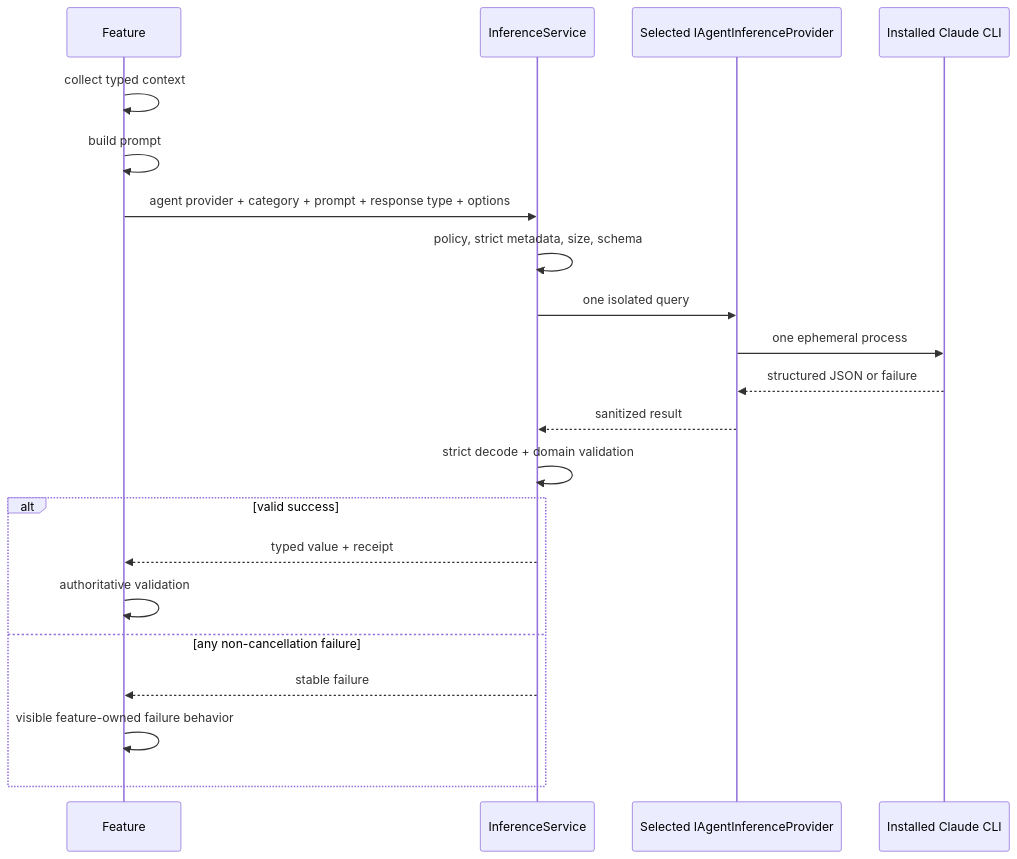
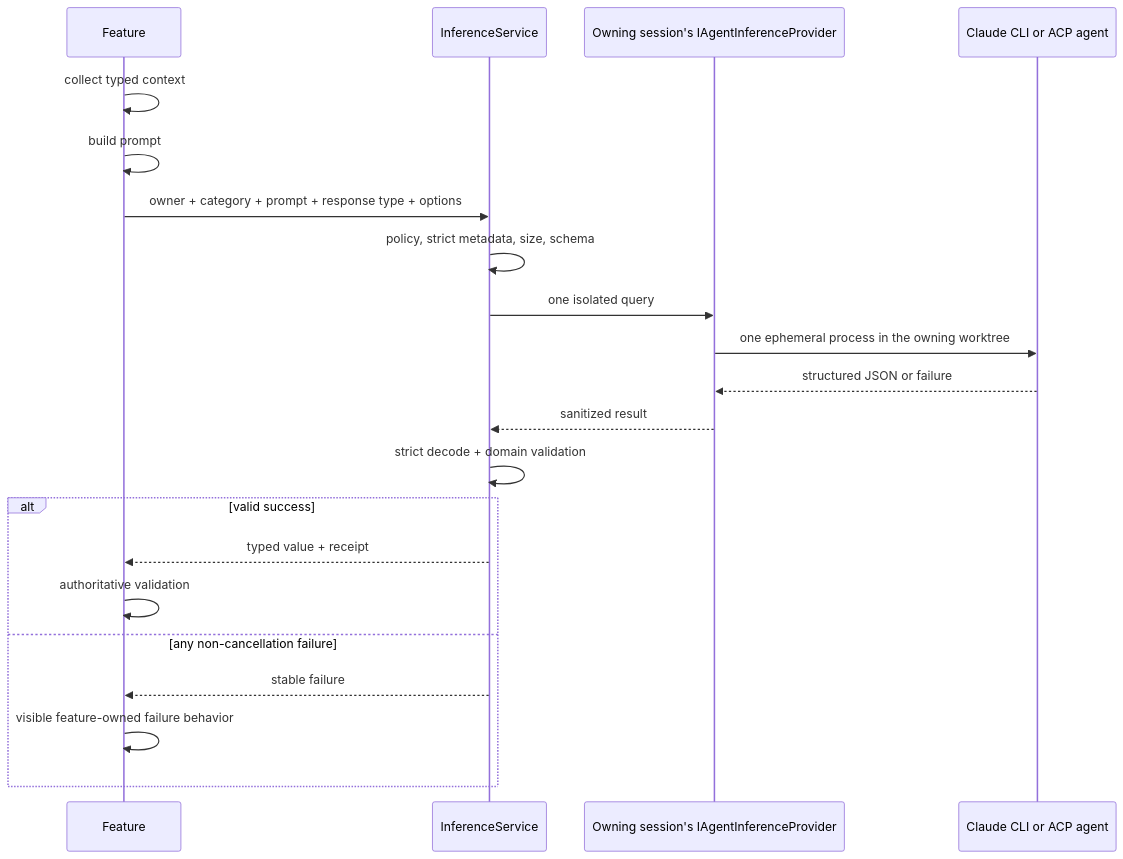
The diagram in docs/specs/ad-hoc-inference.md (Kapps/weavie), drawn with Mermaid before and after one commit. The commit also changed other lines of this file and 16 other files, not shown here.

First line of the commit message:
Run ad-hoc inference through any ACP agent

````diff
--- a/docs/specs/ad-hoc-inference.md
+++ b/docs/specs/ad-hoc-inference.md
@@ -109,24 +124,24 @@
 ```mermaid
 sequenceDiagram
     participant F as Feature
     participant S as InferenceService
-    participant A as Selected IAgentInferenceProvider
-    participant C as Installed Claude CLI
+    participant A as Owning session's IAgentInferenceProvider
+    participant C as Claude CLI or ACP agent
 
     F->>F: collect typed context
     F->>F: build prompt
-    F->>S: agent provider + category + prompt + response type + options
+    F->>S: owner + category + prompt + response type + options
     S->>S: policy, strict metadata, size, schema
     S->>A: one isolated query
-    A->>C: one ephemeral process
+    A->>C: one ephemeral process in the owning worktree
     C-->>A: structured JSON or failure
     A-->>S: sanitized result
     S->>S: strict decode + domain validation
     alt valid success
         S-->>F: typed value + receipt
         F->>F: authoritative validation
     else any non-cancellation failure
         S-->>F: stable failure
         F->>F: visible feature-owned failure behavior
     end
 ```
````
